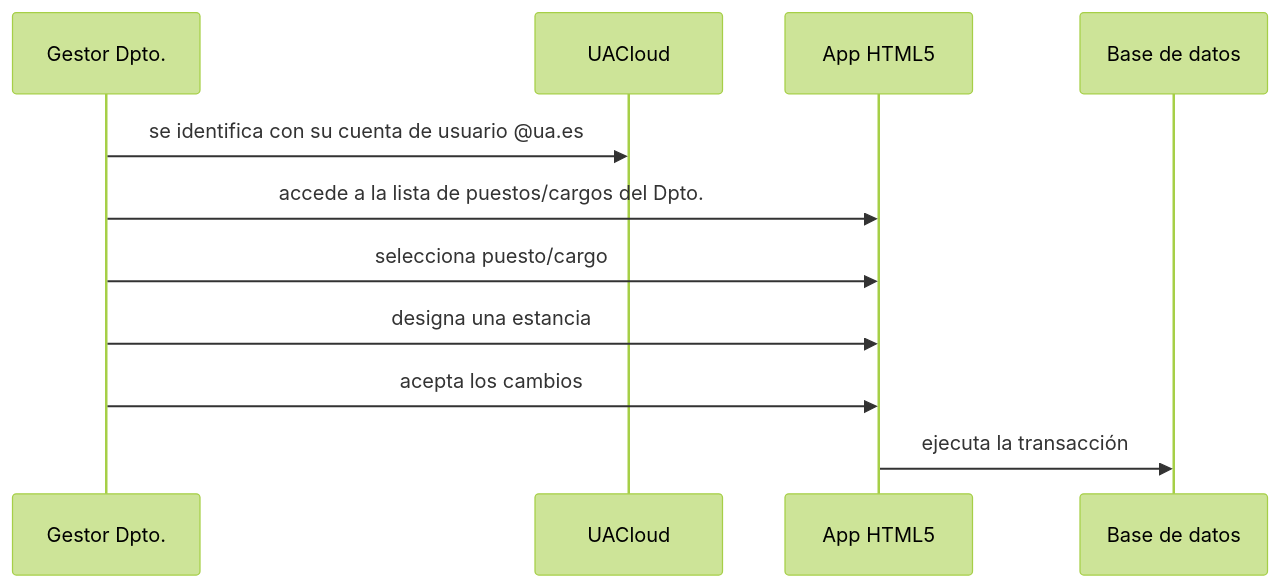
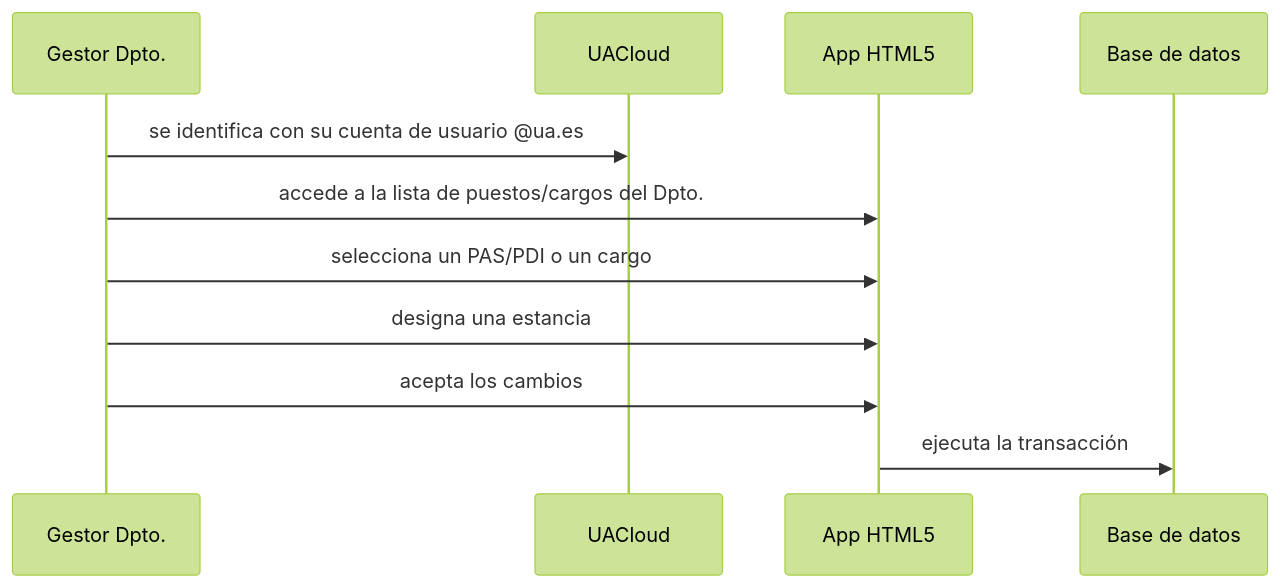
Before and after one commit to labgeo/ua-mods: the diagram in ds04.md, drawn with Mermaid (forest theme).

```diff
--- a/ds04.md
+++ b/ds04.md
@@ -5,9 +5,9 @@
 {% mermaid %}
 sequenceDiagram;
   Gestor Dpto.->>UACloud: se identifica con su cuenta de usuario @ua.es;
   Gestor Dpto.->>App HTML5: accede a la lista de puestos/cargos del Dpto.;
-  Gestor Dpto.->>App HTML5: selecciona puesto/cargo;
+  Gestor Dpto.->>App HTML5: selecciona un PAS/PDI o un cargo;
   Gestor Dpto.->>App HTML5: designa una estancia;
   Gestor Dpto.->>App HTML5: acepta los cambios;
   App HTML5->>Base de datos: ejecuta la transacción;
 {% endmermaid %}
```
